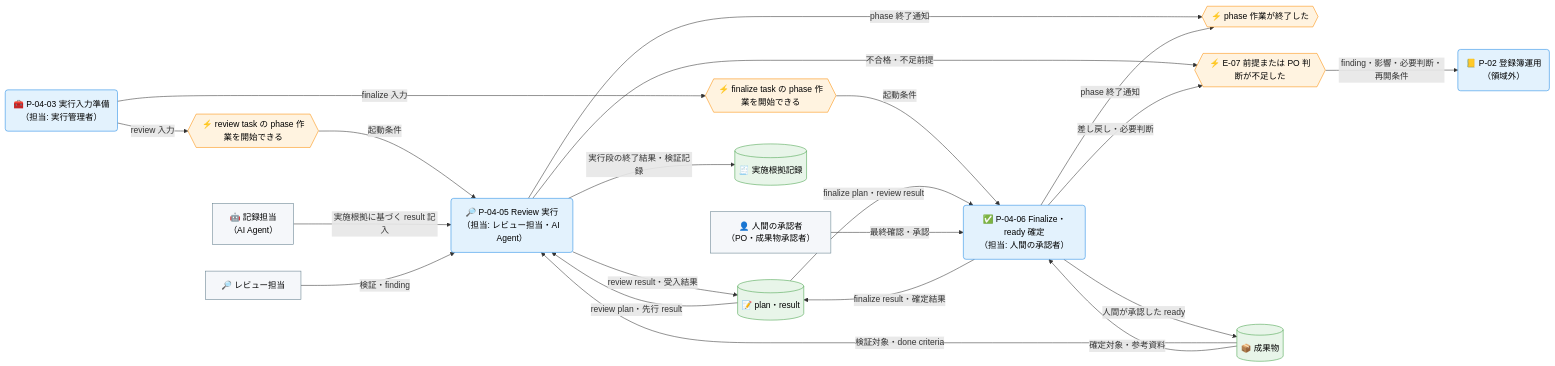
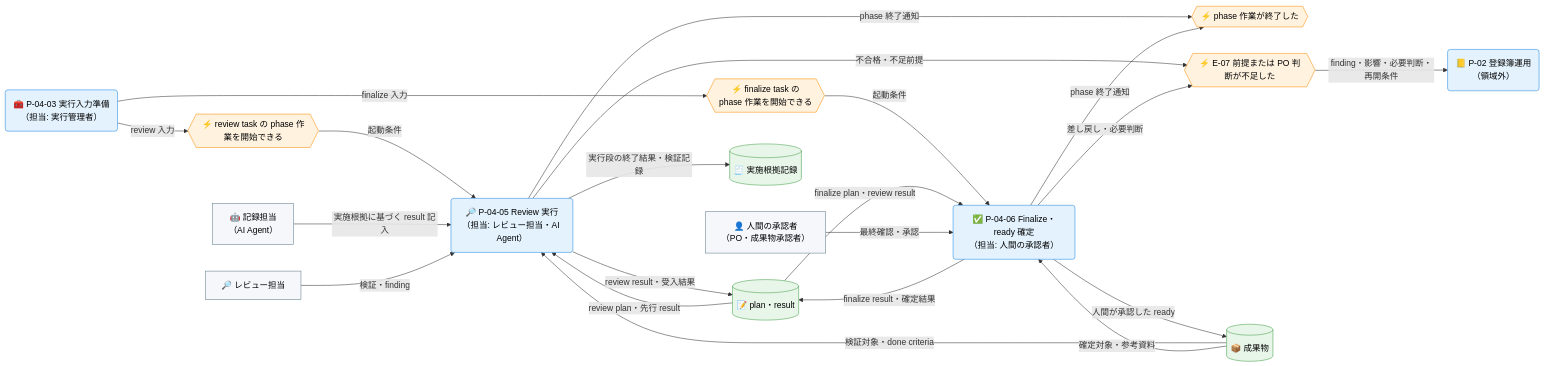
One commit to specdojo/specdojo changed the third of 4 diagrams in docs/ja/product/010-business-specs/010-data-flow/cdfd-task-execution.md. Above: the diagram before and after it, drawn with Mermaid. The commit also changed other lines of this file, not shown here.

First line of the commit message:
docs(cdfd-task-execution): wrap long node labels for LR fit

````diff
--- a/docs/ja/product/010-business-specs/010-data-flow/cdfd-task-execution.md
+++ b/docs/ja/product/010-business-specs/010-data-flow/cdfd-task-execution.md
@@ -148,55 +148,55 @@
 ```mermaid
 flowchart LR
   classDef process fill:#e3f2fd,stroke:#1e88e5,color:#000
   classDef event fill:#fff3e0,stroke:#fb8c00,color:#000
   classDef store fill:#e8f5e9,stroke:#43a047,color:#000
   classDef actor fill:#f5f7fa,stroke:#607d8b,color:#000
 
   記録担当["🤖 記録担当<br>（AI Agent）"]
   レビュー担当["🔎 レビュー担当"]
   人間承認者["👤 人間の承認者<br>（PO・成果物承認者）"]
 
   review開始{{"⚡ review task の phase 作業を開始できる"}}
-  finalize開始{{"⚡ finalize task の phase 作業を開始できる"}}
+  finalize開始{{"⚡ finalize task の<br>phase 作業を開始できる"}}
   phase終了{{"⚡ phase 作業が終了した"}}
   判断不足{{"⚡ E-07 前提または PO 判断が不足した"}}
 
   実行入力準備("🧰 P-04-03 実行入力準備<br>（担当: 実行管理者）")
   Review実行("🔎 P-04-05 Review 実行<br>（担当: レビュー担当・AI Agent）")
   Finalize確定("✅ P-04-06 Finalize・ready 確定<br>（担当: 人間の承認者）")
 
   登録簿運用先("📒 P-02 登録簿運用<br>（領域外）")
 
   成果物[("📦 成果物")]
   planResult[("📝 plan・result")]
   実施根拠記録[("🧾 実施根拠記録")]
 
   実行入力準備 -->|"review 入力"| review開始
   実行入力準備 -->|"finalize 入力"| finalize開始
   review開始 -->|"起動条件"| Review実行
   finalize開始 -->|"起動条件"| Finalize確定
 
   planResult -->|"review plan・先行 result"| Review実行
   planResult -->|"finalize plan・review result"| Finalize確定
   成果物 -->|"検証対象・done criteria"| Review実行
   成果物 -->|"確定対象・参考資料"| Finalize確定
   記録担当 -->|"実施根拠に基づく result 記入"| Review実行
   レビュー担当 -->|"検証・finding"| Review実行
   人間承認者 -->|"最終確認・承認"| Finalize確定
 
   Review実行 -->|"review result・受入結果"| planResult
   Review実行 -->|"実行段の終了結果・検証記録"| 実施根拠記録
   Review実行 -->|"不合格・不足前提"| 判断不足
   Finalize確定 -->|"finalize result・確定結果"| planResult
   Finalize確定 -->|"人間が承認した ready"| 成果物
   Finalize確定 -->|"差し戻し・必要判断"| 判断不足
   判断不足 -->|"finding・影響・必要判断・再開条件"| 登録簿運用先
 
   Review実行 -->|"phase 終了通知"| phase終了
   Finalize確定 -->|"phase 終了通知"| phase終了
 
   class 実行入力準備,Review実行,Finalize確定,登録簿運用先 process
   class review開始,finalize開始,phase終了,判断不足 event
   class 成果物,planResult,実施根拠記録 store
   class 記録担当,レビュー担当,人間承認者 actor
 ```
````
